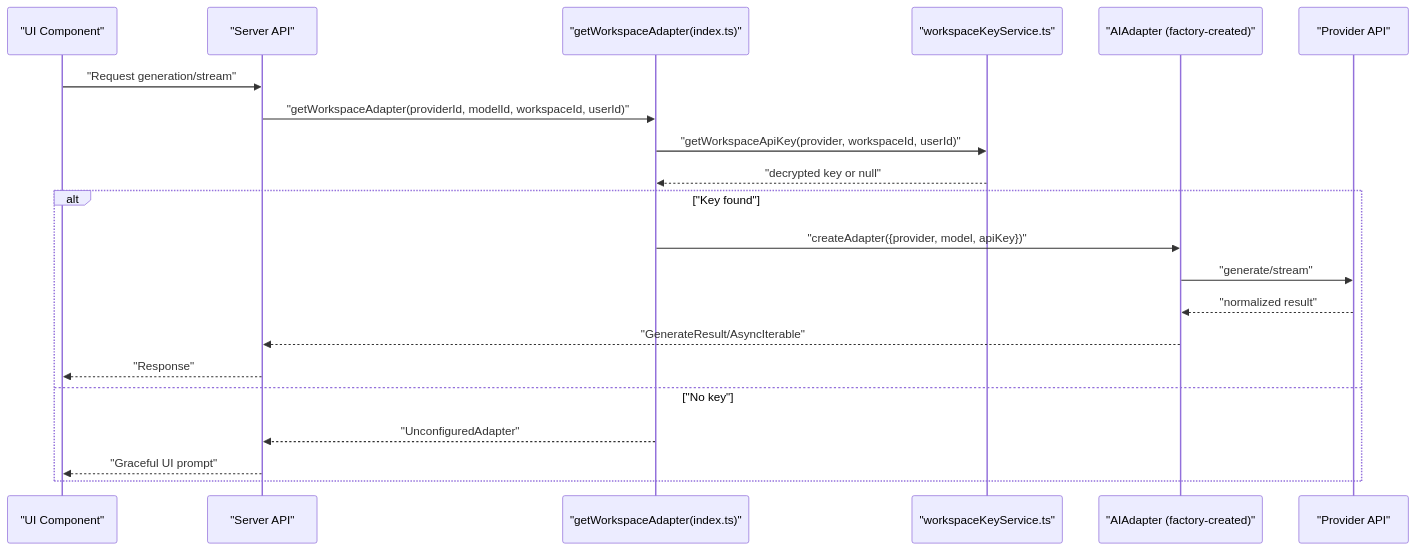
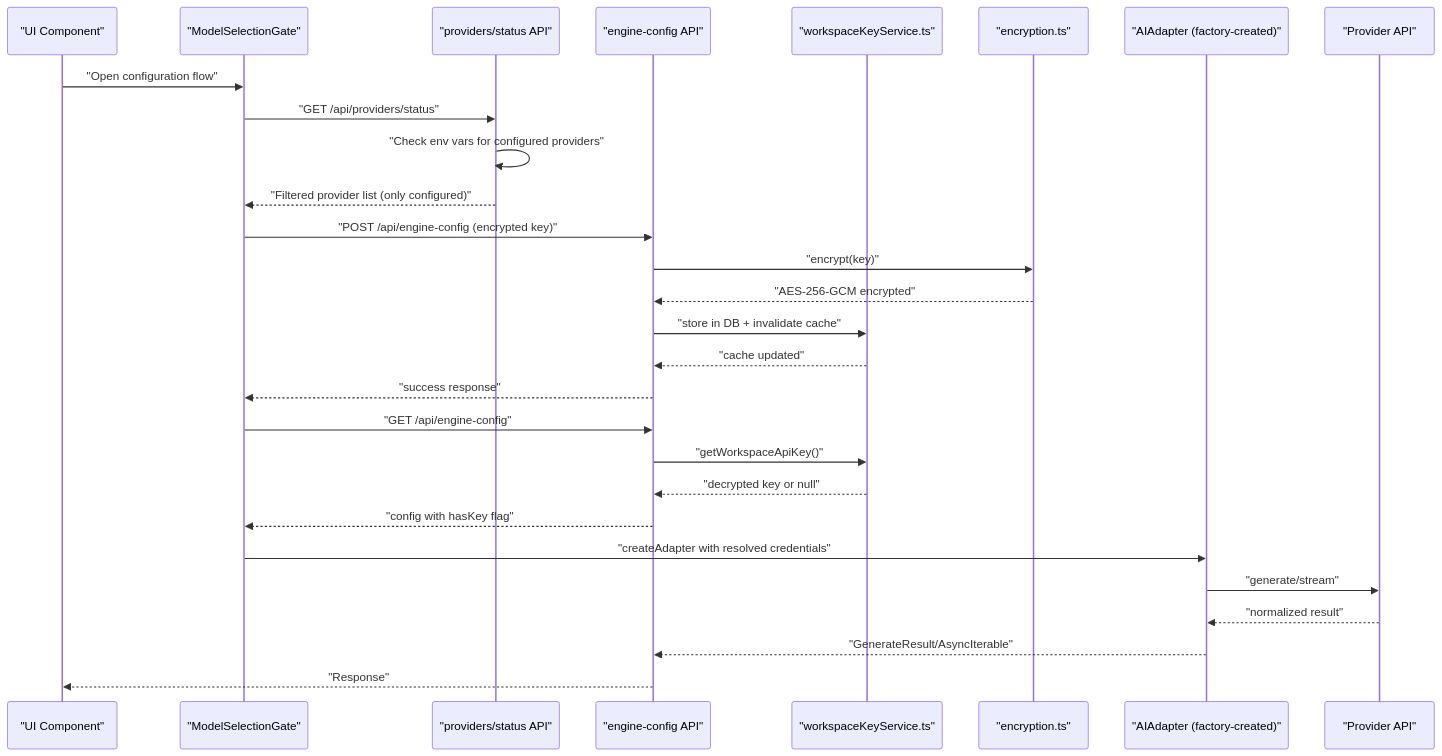
One commit to shekhargiri005-dotcom/AI-powered-accessibility-first-UI-engine changed the second of 11 diagrams in .qoder/repowiki/en/content/AI Generation Engine/AI Provider Adapters/AI Provider Adapters.md. Above: the diagram before and after it, drawn with Mermaid. The commit also changed other lines of this file and 10 other files, not shown here.

````diff
--- a/.qoder/repowiki/en/content/AI Generation Engine/AI Provider Adapters/AI Provider Adapters.md
+++ b/.qoder/repowiki/en/content/AI Generation Engine/AI Provider Adapters/AI Provider Adapters.md
@@ -112,23 +150,30 @@
 ```mermaid
 sequenceDiagram
 participant UI as "UI Component"
-participant API as "Server API"
-participant FACT as "getWorkspaceAdapter(index.ts)"
+participant MSG as "ModelSelectionGate"
+participant PSTATUS as "providers/status API"
+participant API as "engine-config API"
 participant SEC as "workspaceKeyService.ts"
+participant ENC as "encryption.ts"
 participant ADP as "AIAdapter (factory-created)"
 participant PRV as "Provider API"
-UI->>API : "Request generation/stream"
-API->>FACT : "getWorkspaceAdapter(providerId, modelId, workspaceId, userId)"
-FACT->>SEC : "getWorkspaceApiKey(provider, workspaceId, userId)"
-SEC-->>FACT : "decrypted key or null"
-alt "Key found"
-FACT->>ADP : "createAdapter({provider, model, apiKey})"
+UI->>MSG : "Open configuration flow"
+MSG->>PSTATUS : "GET /api/providers/status"
+PSTATUS->>PSTATUS : "Check env vars for configured providers"
+PSTATUS-->>MSG : "Filtered provider list (only configured)"
+MSG->>API : "POST /api/engine-config (encrypted key)"
+API->>ENC : "encrypt(key)"
+ENC-->>API : "AES-256-GCM encrypted"
+API->>SEC : "store in DB + invalidate cache"
+SEC-->>API : "cache updated"
+API-->>MSG : "success response"
+MSG->>API : "GET /api/engine-config"
+API->>SEC : "getWorkspaceApiKey()"
+SEC-->>API : "decrypted key or null"
+API-->>MSG : "config with hasKey flag"
+MSG->>ADP : "createAdapter with resolved credentials"
 ADP->>PRV : "generate/stream"
 PRV-->>ADP : "normalized result"
 ADP-->>API : "GenerateResult/AsyncIterable"
 API-->>UI : "Response"
-else "No key"
-FACT-->>API : "UnconfiguredAdapter"
-API-->>UI : "Graceful UI prompt"
-end
 ```
````
